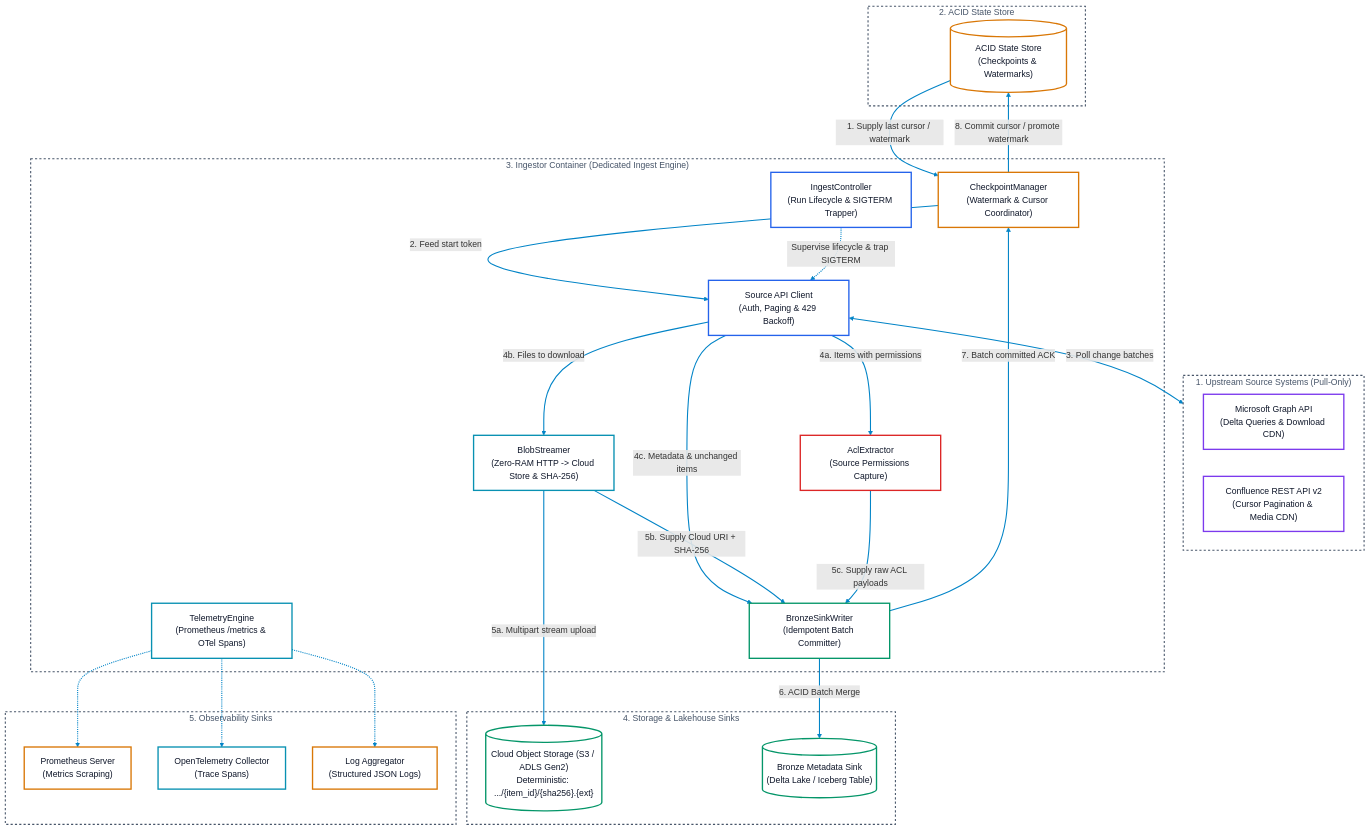
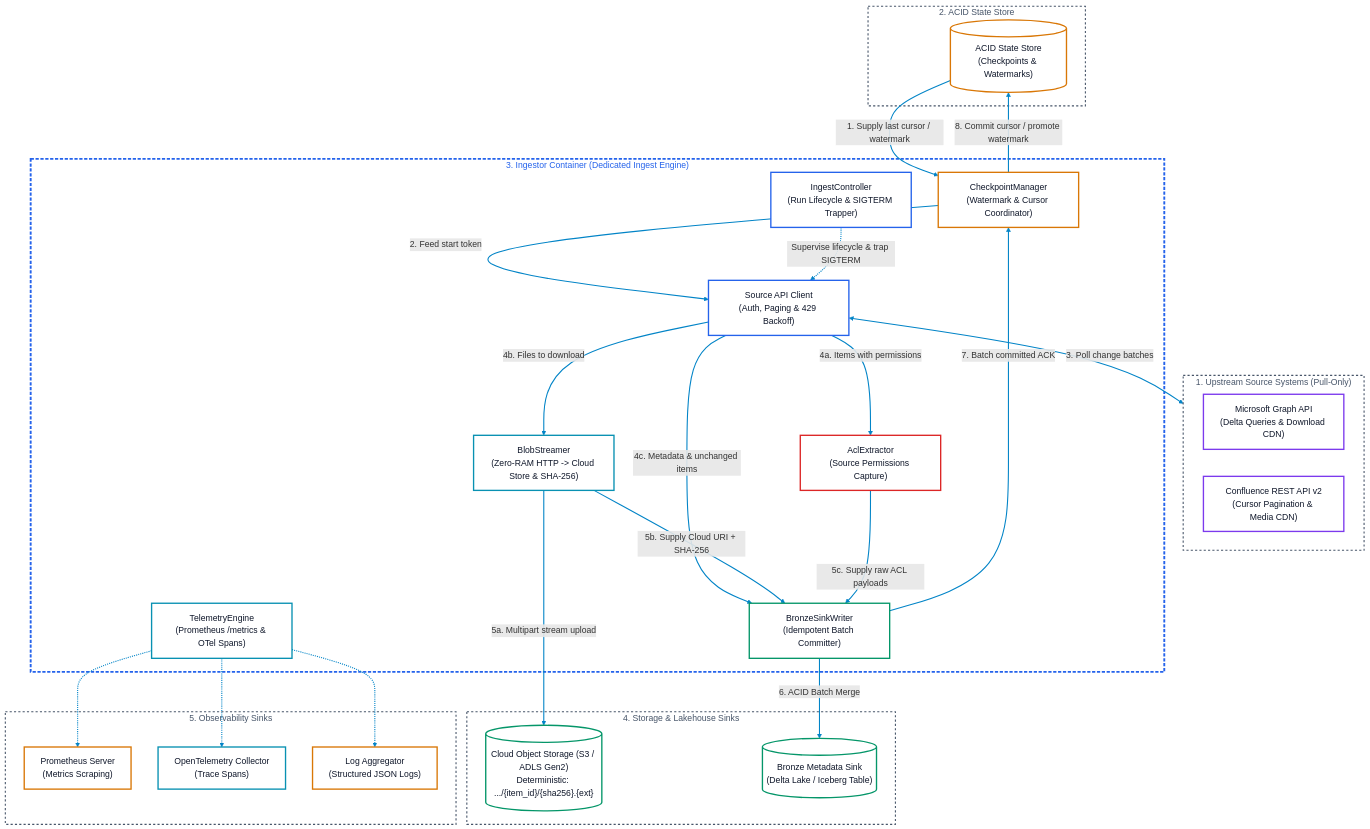
Before and after one commit to toanbui626391/document_ingestors: the first of 2 diagrams in docs/architectures/README.md, drawn with Mermaid. The commit also changed 5 other files, not shown here.

````diff
--- a/docs/architectures/README.md
+++ b/docs/architectures/README.md
@@ -23,74 +23,74 @@
 ```mermaid
 flowchart TD
     subgraph Upstream ["1. Upstream Source Systems (Pull-Only)"]
         SP_API["Microsoft Graph API\n(Delta Queries & Download CDN)"]:::purple
         CF_API["Confluence REST API v2\n(Cursor Pagination & Media CDN)"]:::purple
     end
 
     subgraph StateTier ["2. ACID State Store"]
         StateDB[("ACID State Store\n(Checkpoints & Watermarks)")]:::amber
     end
 
     subgraph Ingestor ["3. Ingestor Container (Dedicated Ingest Engine)"]
         Controller["IngestController\n(Run Lifecycle & SIGTERM Trapper)"]:::blue
         CheckpointMgr["CheckpointManager\n(Watermark & Cursor Coordinator)"]:::amber
         SourceClient["Source API Client\n(Auth, Paging & 429 Backoff)"]:::blue
         AclExtractor["AclExtractor\n(Source Permissions Capture)"]:::red
         BlobStreamer["BlobStreamer\n(Zero-RAM HTTP -> Cloud Store & SHA-256)"]:::cyan
         BronzeWriter["BronzeSinkWriter\n(Idempotent Batch Committer)"]:::green
         Telemetry["TelemetryEngine\n(Prometheus /metrics & OTel Spans)"]:::cyan
     end
 
     subgraph Sinks ["4. Storage & Lakehouse Sinks"]
         BlobStore[("Cloud Object Storage (S3 / ADLS Gen2)\nDeterministic: .../{item_id}/{sha256}.{ext}")]:::green
         BronzeTable[("Bronze Metadata Sink\n(Delta Lake / Iceberg Table)")]:::green
     end
 
     subgraph Observers ["5. Observability Sinks"]
         Prom["Prometheus Server\n(Metrics Scraping)"]:::amber
         Otel["OpenTelemetry Collector\n(Trace Spans)"]:::cyan
         Logs["Log Aggregator\n(Structured JSON Logs)"]:::amber
     end
 
     %% Data Flow Transitions
     StateDB -->|1. Supply last cursor / watermark| CheckpointMgr
     CheckpointMgr -->|2. Feed start token| SourceClient
     SourceClient <-->|3. Poll change batches| Upstream
 
     SourceClient -->|4a. Items with permissions| AclExtractor
     SourceClient -->|4b. Files to download| BlobStreamer
     SourceClient -->|4c. Metadata & unchanged items| BronzeWriter
 
     BlobStreamer -->|5a. Multipart stream upload| BlobStore
     BlobStreamer -->|5b. Supply Cloud URI + SHA-256| BronzeWriter
     AclExtractor -->|5c. Supply raw ACL payloads| BronzeWriter
 
     BronzeWriter -->|6. ACID Batch Merge| BronzeTable
     BronzeWriter -->|7. Batch committed ACK| CheckpointMgr
     CheckpointMgr -->|8. Commit cursor / promote watermark| StateDB
 
     %% Controller & Telemetry
     Controller -.->|Supervise lifecycle & trap SIGTERM| SourceClient
     Telemetry -.-> Prom
     Telemetry -.-> Otel
     Telemetry -.-> Logs
 
-    %% Subgraphs Style
+    %% Subgraphs Style (Bigger container has thicker border line)
     style Upstream fill:none,stroke:#475569,stroke-width:2px,stroke-dasharray: 4 4,color:#475569
     style StateTier fill:none,stroke:#475569,stroke-width:2px,stroke-dasharray: 4 4,color:#475569
-    style Ingestor fill:none,stroke:#475569,stroke-width:2px,stroke-dasharray: 4 4,color:#475569
+    style Ingestor fill:none,stroke:#2563eb,stroke-width:3.5px,stroke-dasharray: 6 3,color:#2563eb
     style Sinks fill:none,stroke:#475569,stroke-width:2px,stroke-dasharray: 4 4,color:#475569
     style Observers fill:none,stroke:#475569,stroke-width:2px,stroke-dasharray: 4 4,color:#475569
 
     %% High-Visibility Link Arrows
     linkStyle default stroke:#0284c7,stroke-width:2px
 
     %% Dual-Mode Card Palette
     classDef default fill:#ffffff,stroke:#475569,stroke-width:2.5px,color:#0f172a;
     classDef blue    fill:#ffffff,stroke:#2563eb,stroke-width:2.5px,color:#0f172a;
     classDef green   fill:#ffffff,stroke:#059669,stroke-width:2.5px,color:#0f172a;
     classDef amber   fill:#ffffff,stroke:#d97706,stroke-width:2.5px,color:#0f172a;
     classDef purple  fill:#ffffff,stroke:#7c3aed,stroke-width:2.5px,color:#0f172a;
     classDef red     fill:#ffffff,stroke:#dc2626,stroke-width:2.5px,color:#0f172a;
     classDef cyan    fill:#ffffff,stroke:#0891b2,stroke-width:2.5px,color:#0f172a;
 ```
````
